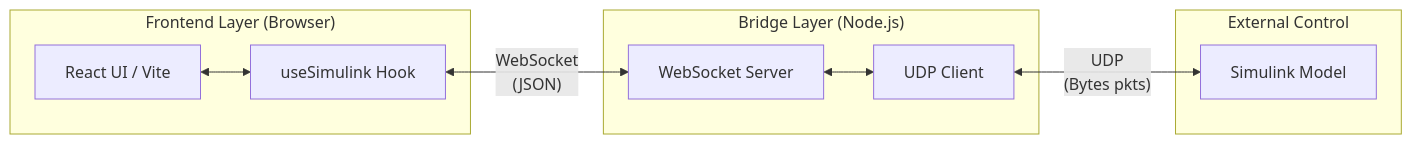
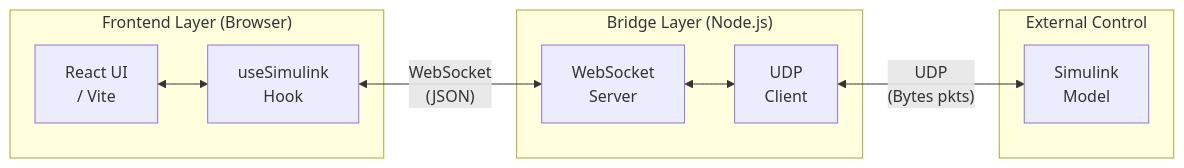
One commit to ylahdili/Co.Re.Lab-Beam-Ball-Balancing-via-Simulink-UDPwebhook-or-MediaPipe changed the diagram in README.md. Above: the diagram before and after it, drawn with Mermaid. The commit also changed other lines of this file, not shown here.

Commit message:
docs: Improve README clarity, update download commands to use `wget`, and enhance diagram readability.

````diff
--- a/README.md
+++ b/README.md
@@ -61,17 +61,17 @@
 ```mermaid
 graph LR
     subgraph "Frontend Layer (Browser)"
-        A[React UI / Vite] <--> B[useSimulink Hook]
+        A[React UI<br/>/ Vite] <--> B[useSimulink<br/>Hook]
     end
 
     subgraph "Bridge Layer (Node.js)"
-        C[WebSocket Server] <--> D[UDP Client]
+        C[WebSocket<br/>Server] <--> D[UDP<br/>Client]
     end
 
     subgraph "External Control"
-        E[Simulink Model]
+        E[Simulink<br/>Model]
     end
 
     B <--"WebSocket<br/>(JSON)"--> C
     D <--"UDP<br/>(Bytes pkts)"--> E
 ```
````
